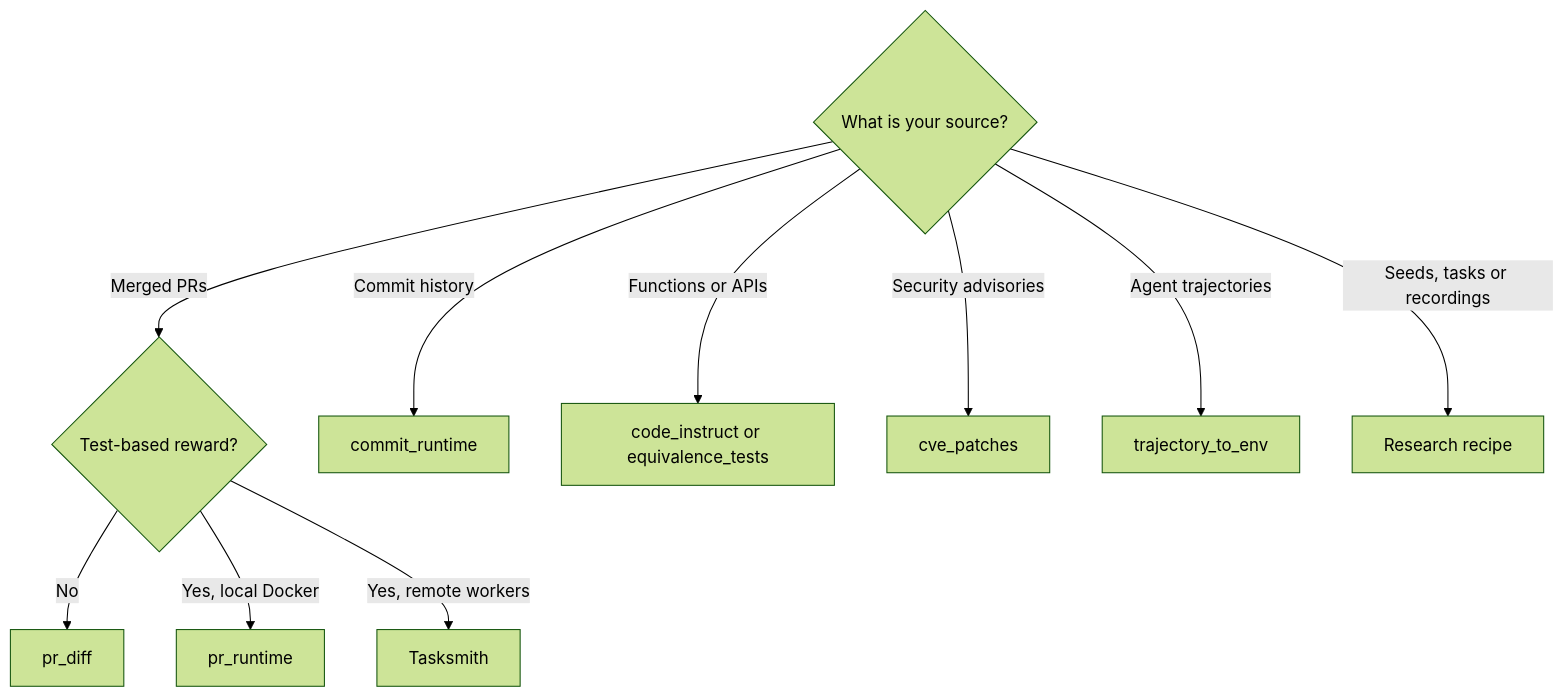
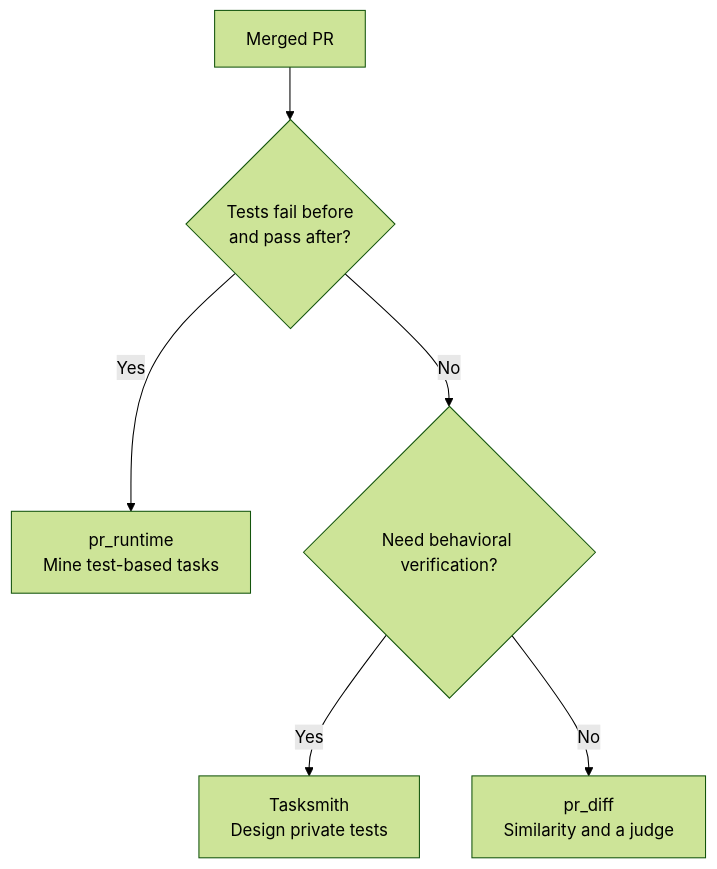
The diagram in docs/choose-a-pipeline.mdx (huggingface/Repo2RLEnv), drawn with Mermaid (forest theme) before and after one commit. The commit also changed other lines of this file and 50 other files, not shown here.

````diff
--- a/docs/choose-a-pipeline.mdx
+++ b/docs/choose-a-pipeline.mdx
@@ -15,13 +19,8 @@
 ```mermaid
 flowchart TD
-  S{"What is your source?"}
-  S -->|"Merged PRs"| R{"Test-based reward?"}
-  R -->|"No"| PD["pr_diff"]
-  R -->|"Yes, local Docker"| PR["pr_runtime"]
-  R -->|"Yes, remote workers"| TS["Tasksmith"]
-  S -->|"Commit history"| CR["commit_runtime"]
-  S -->|"Functions or APIs"| FN["code_instruct or equivalence_tests"]
-  S -->|"Security advisories"| CV["cve_patches"]
-  S -->|"Agent trajectories"| TR["trajectory_to_env"]
-  S -->|"Seeds, tasks or recordings"| RR["Research recipe"]
+  P["Merged PR"] --> C{"Tests fail before<br/>and pass after?"}
+  C -->|"Yes"| R["pr_runtime<br/>Mine test-based tasks"]
+  C -->|"No"| D{"Need behavioral verification?"}
+  D -->|"Yes"| T["Tasksmith<br/>Design private tests"]
+  D -->|"No"| F["pr_diff<br/>Similarity and a judge"]
 ```
````
